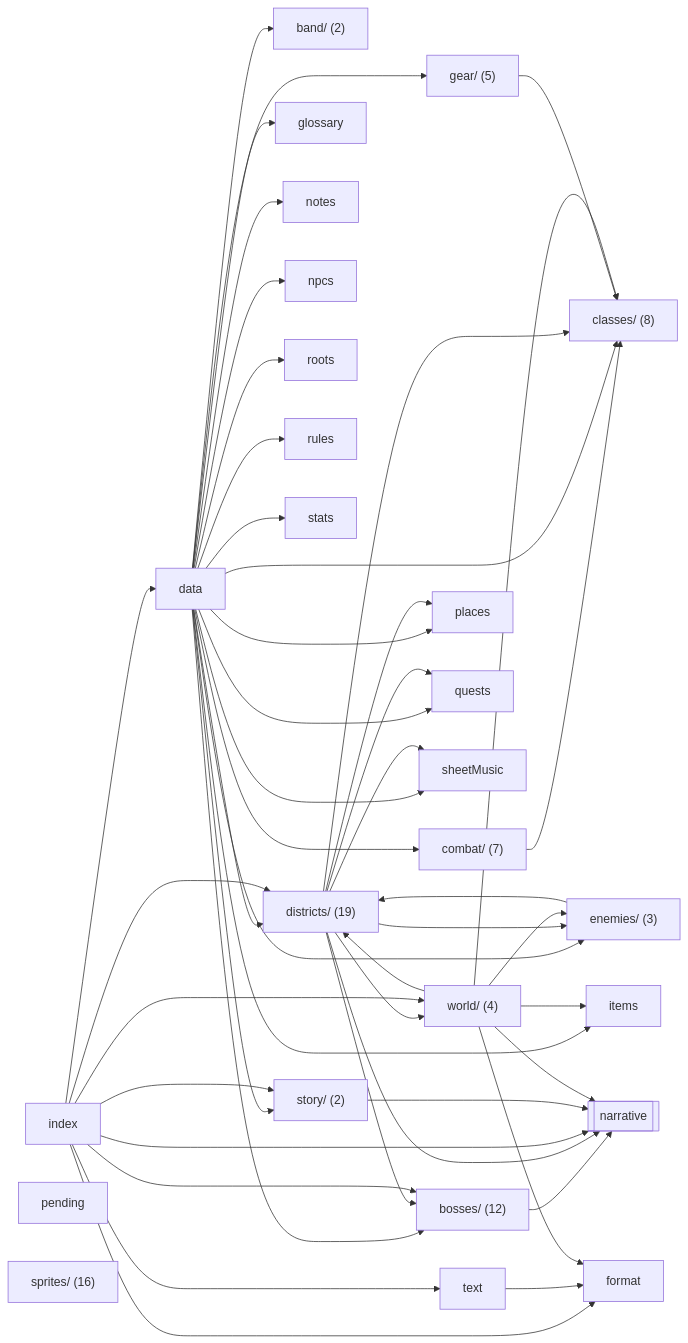
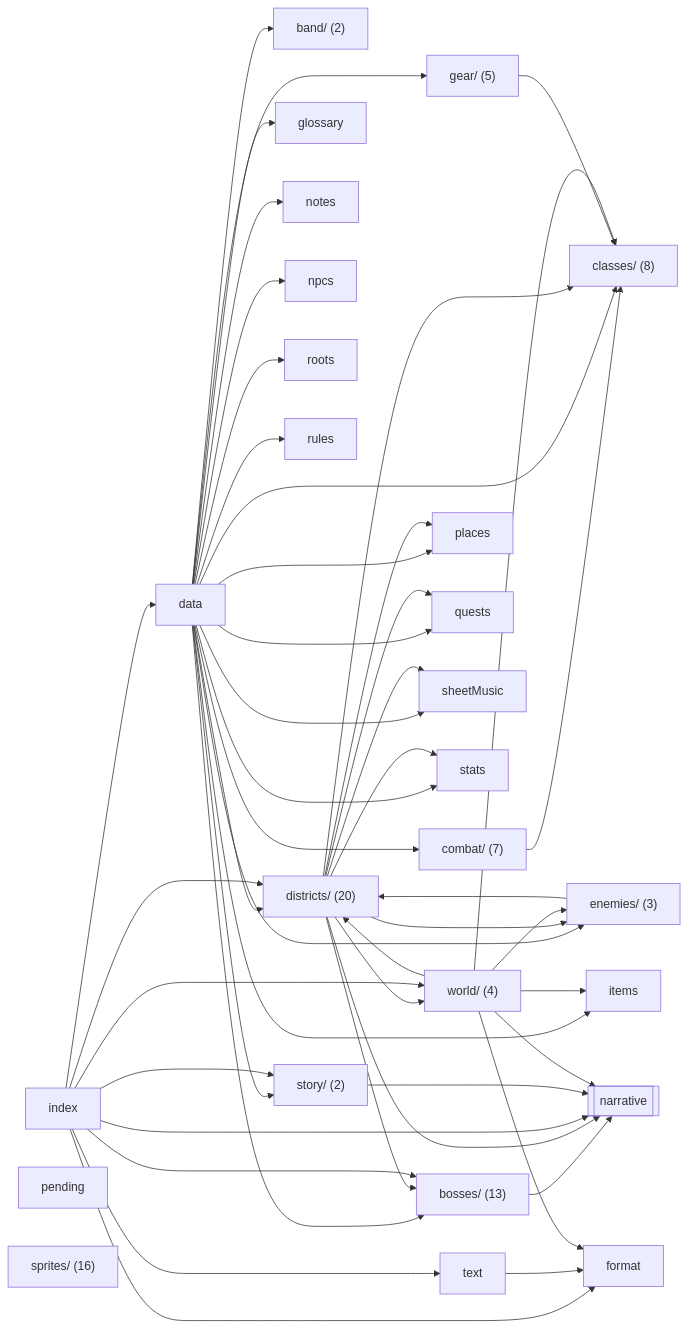
One commit to OrangeB0lt/Cyber-funk changed the diagram in docs/reference/code-map/content.md. Above: the diagram before and after it, drawn with Mermaid. The commit also changed other lines of this file and 9 other files, not shown here.

````diff
--- a/docs/reference/code-map/content.md
+++ b/docs/reference/code-map/content.md
@@ -11,75 +11,76 @@
 ```mermaid
 flowchart LR
   n_band_["band/ (2)"]
-  n_bosses_["bosses/ (12)"]
+  n_bosses_["bosses/ (13)"]
   n_classes_["classes/ (8)"]
   n_combat_["combat/ (7)"]
   n_data["data"]
-  n_districts_["districts/ (19)"]
+  n_districts_["districts/ (20)"]
   n_enemies_["enemies/ (3)"]
   n_format["format"]
   n_gear_["gear/ (5)"]
   n_glossary["glossary"]
   n_index["index"]
   n_items["items"]
   n_notes["notes"]
   n_npcs["npcs"]
   n_pending["pending"]
   n_places["places"]
   n_quests["quests"]
   n_roots["roots"]
   n_rules["rules"]
   n_sheetMusic["sheetMusic"]
   n_sprites_["sprites/ (16)"]
   n_stats["stats"]
   n_story_["story/ (2)"]
   n_text["text"]
   n_world_["world/ (4)"]
   n_ext_narrative[["narrative"]]
   n_bosses_ --> n_ext_narrative
   n_combat_ --> n_classes_
   n_data --> n_band_
   n_data --> n_bosses_
   n_data --> n_classes_
   n_data --> n_combat_
   n_data --> n_districts_
   n_data --> n_enemies_
   n_data --> n_gear_
   n_data --> n_glossary
   n_data --> n_items
   n_data --> n_notes
   n_data --> n_npcs
   n_data --> n_places
   n_data --> n_quests
   n_data --> n_roots
   n_data --> n_rules
   n_data --> n_sheetMusic
   n_data --> n_stats
   n_data --> n_story_
   n_districts_ --> n_bosses_
   n_districts_ --> n_classes_
   n_districts_ --> n_enemies_
   n_districts_ --> n_ext_narrative
   n_districts_ --> n_places
   n_districts_ --> n_quests
   n_districts_ --> n_sheetMusic
+  n_districts_ --> n_stats
   n_districts_ --> n_world_
   n_enemies_ --> n_districts_
   n_gear_ --> n_classes_
   n_index --> n_bosses_
   n_index --> n_data
   n_index --> n_districts_
   n_index --> n_ext_narrative
   n_index --> n_format
   n_index --> n_story_
   n_index --> n_text
   n_index --> n_world_
   n_story_ --> n_ext_narrative
   n_text --> n_format
   n_world_ --> n_classes_
   n_world_ --> n_districts_
   n_world_ --> n_enemies_
   n_world_ --> n_ext_narrative
   n_world_ --> n_format
   n_world_ --> n_items
 ```
````
